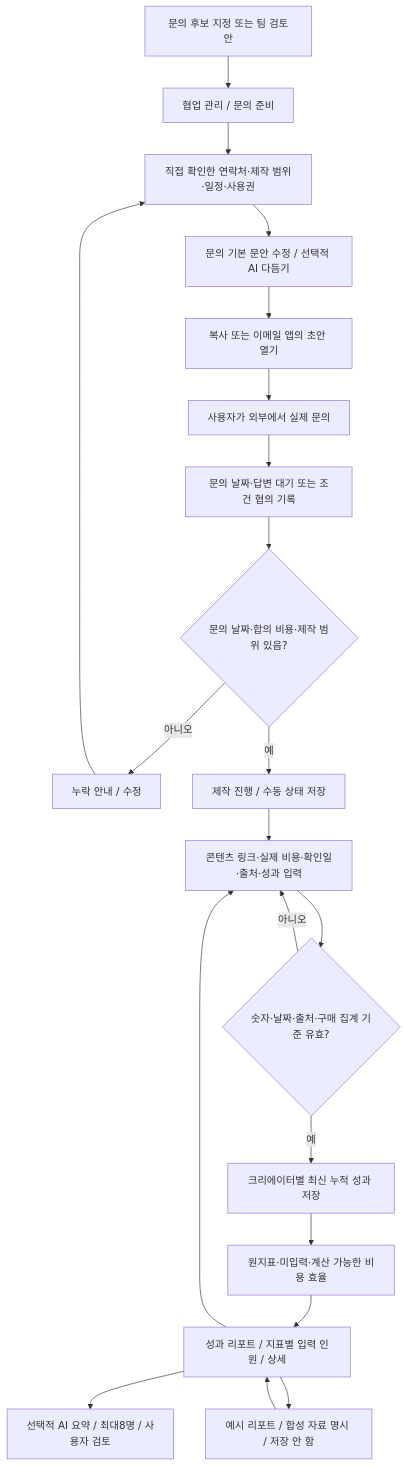
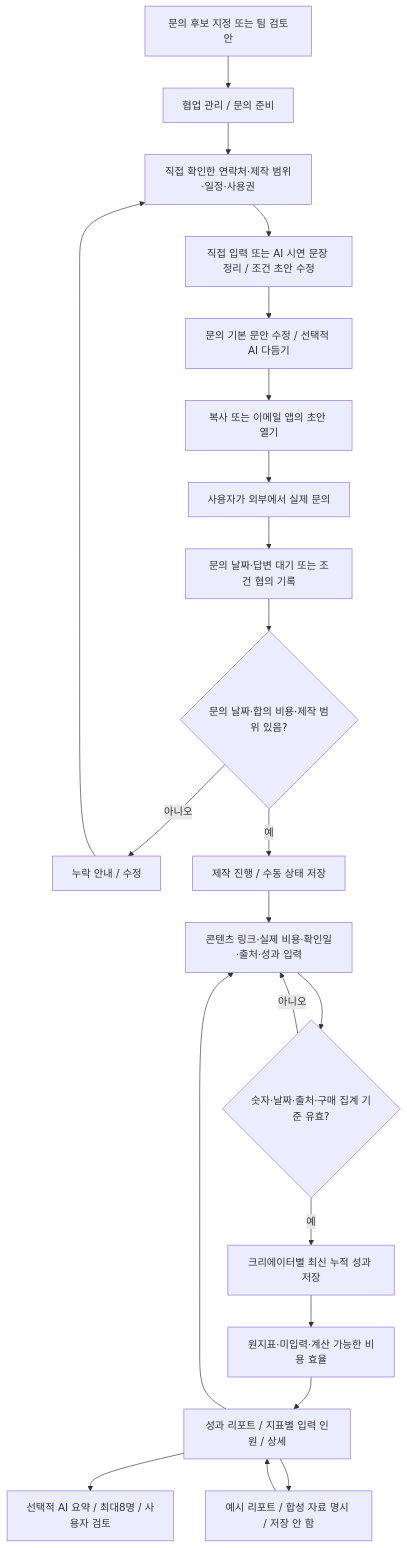
One commit to vk2commits/creator-match changed the second of 3 diagrams in flowchart.md. Above: the diagram before and after it, drawn with Mermaid. The commit also changed other lines of this file and 7 other files, not shown here.

````diff
--- a/flowchart.md
+++ b/flowchart.md
@@ -90,23 +92,24 @@
 ```mermaid
 flowchart TD
     A["문의 후보 지정 또는 팀 검토안"] --> B["협업 관리 / 문의 준비"]
     B --> C["직접 확인한 연락처·제작 범위·일정·사용권"]
-    C --> D["문의 기본 문안 수정 / 선택적 AI 다듬기"]
+    C --> BA["직접 입력 또는 AI 시연 문장 정리 / 조건 초안 수정"]
+    BA --> D["문의 기본 문안 수정 / 선택적 AI 다듬기"]
     D --> E["복사 또는 이메일 앱의 초안 열기"]
     E --> F["사용자가 외부에서 실제 문의"]
     F --> G["문의 날짜·답변 대기 또는 조건 협의 기록"]
     G --> H{"문의 날짜·합의 비용·제작 범위 있음?"}
     H -- 아니오 --> I["누락 안내 / 수정"]
     I --> C
     H -- 예 --> J["제작 진행 / 수동 상태 저장"]
     J --> K["콘텐츠 링크·실제 비용·확인일·출처·성과 입력"]
     K --> L{"숫자·날짜·출처·구매 집계 기준 유효?"}
     L -- 아니오 --> K
     L -- 예 --> M["크리에이터별 최신 누적 성과 저장"]
     M --> N["원지표·미입력·계산 가능한 비용 효율"]
     N --> O["성과 리포트 / 지표별 입력 인원 / 상세"]
     O --> K
     O --> P["선택적 AI 요약 / 최대8명 / 사용자 검토"]
     O --> Q["예시 리포트 / 합성 자료 명시 / 저장 안 함"]
     Q --> O
 ```
````
